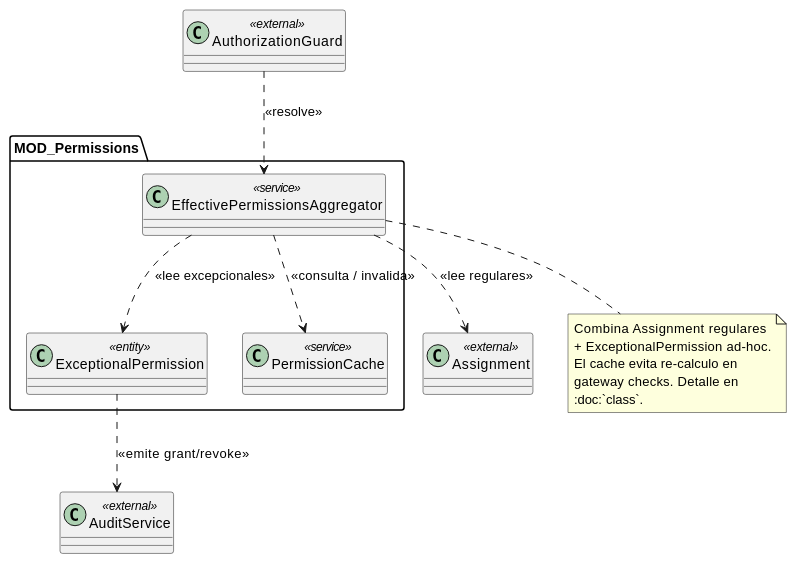
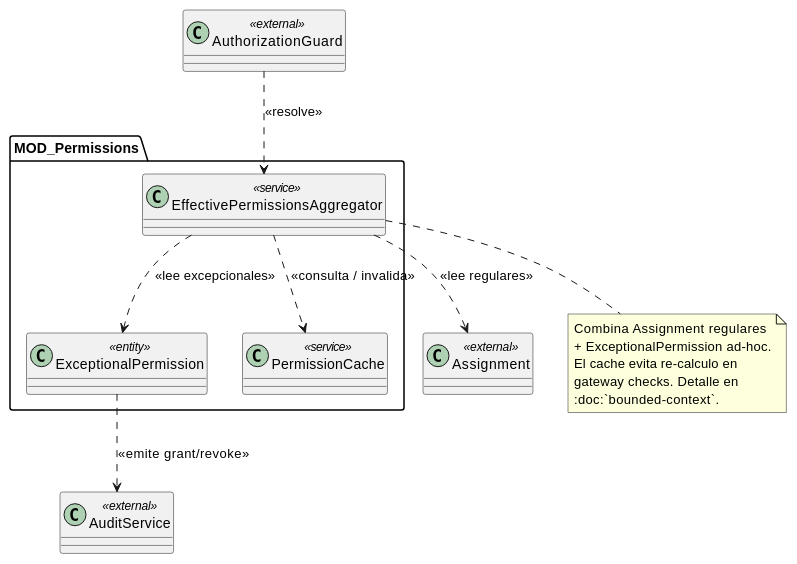
The diagram in source/arquitectura-tecnica/design-view/permissions/index.rst (jcg-admin/IACT-docs), drawn with PlantUML before and after one commit. The commit also changed other lines of this file and 97 other files, not shown here.

```diff
--- a/source/arquitectura-tecnica/design-view/permissions/index.rst
+++ b/source/arquitectura-tecnica/design-view/permissions/index.rst
@@ -31,33 +31,33 @@
 .. uml::
  :caption: MOD_Permissions — agregador de effective_set
            (regulares + excepcionales). Detalle de cache y
-           repos en :doc:`class`.
+           repos en :doc:`bounded-context`.
 
  @startuml
 
  package "MOD_Permissions" {
    class EffectivePermissionsAggregator <<service>>
    class ExceptionalPermission <<entity>>
    class PermissionCache <<service>>
  }
 
  class Assignment <<external>>
  class AuthorizationGuard <<external>>
  class AuditService <<external>>
 
  EffectivePermissionsAggregator ..> Assignment : <<lee regulares>>
  EffectivePermissionsAggregator ..> ExceptionalPermission : <<lee excepcionales>>
  EffectivePermissionsAggregator ..> PermissionCache : <<consulta / invalida>>
 
  AuthorizationGuard ..> EffectivePermissionsAggregator : <<resolve>>
  ExceptionalPermission ..> AuditService : <<emite grant/revoke>>
 
  note bottom of EffectivePermissionsAggregator
    Combina Assignment regulares
    + ExceptionalPermission ad-hoc.
    El cache evita re-calculo en
    gateway checks. Detalle en
-   :doc:`class`.
+   :doc:`bounded-context`.
  end note
 
  @enduml
```
